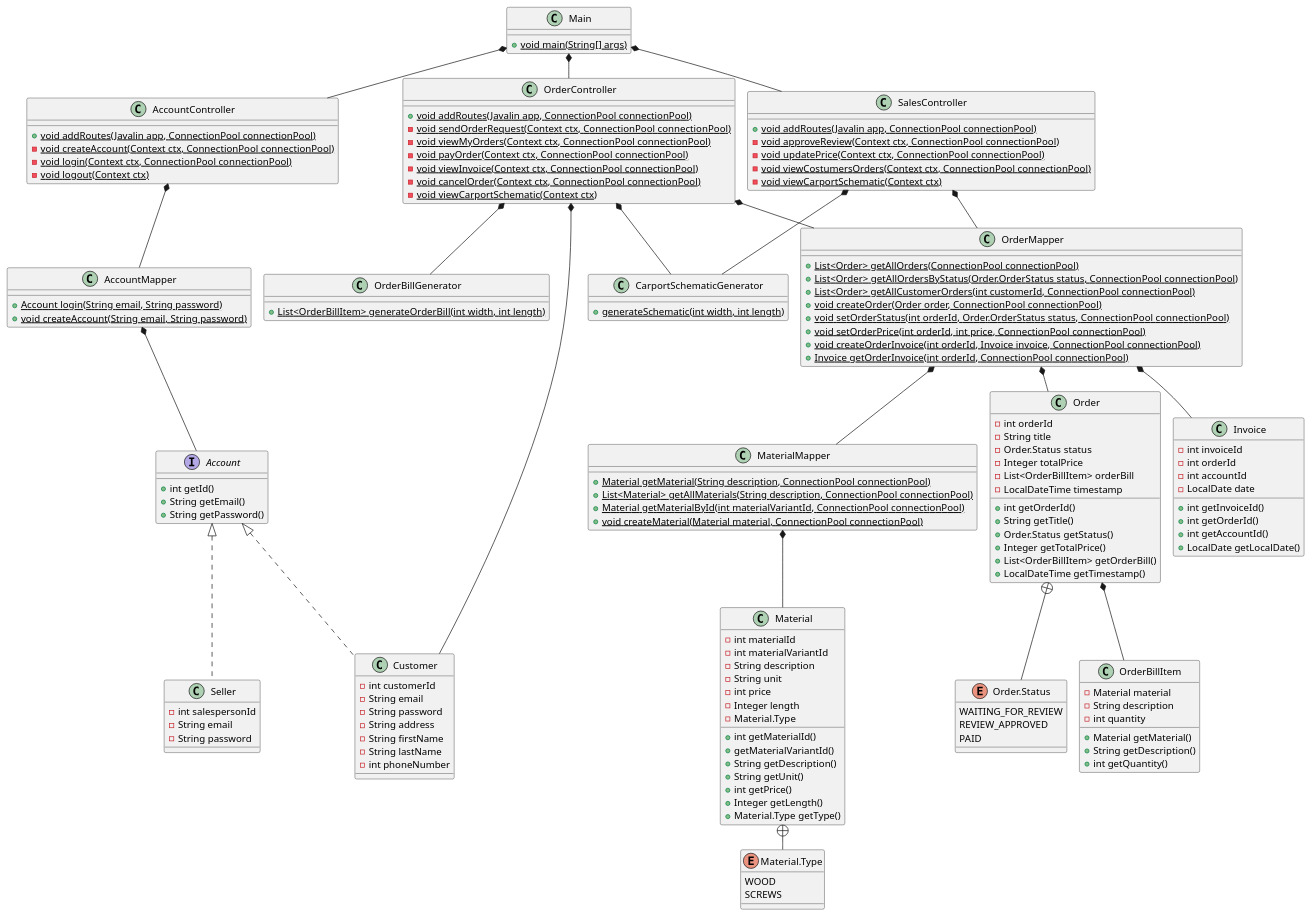
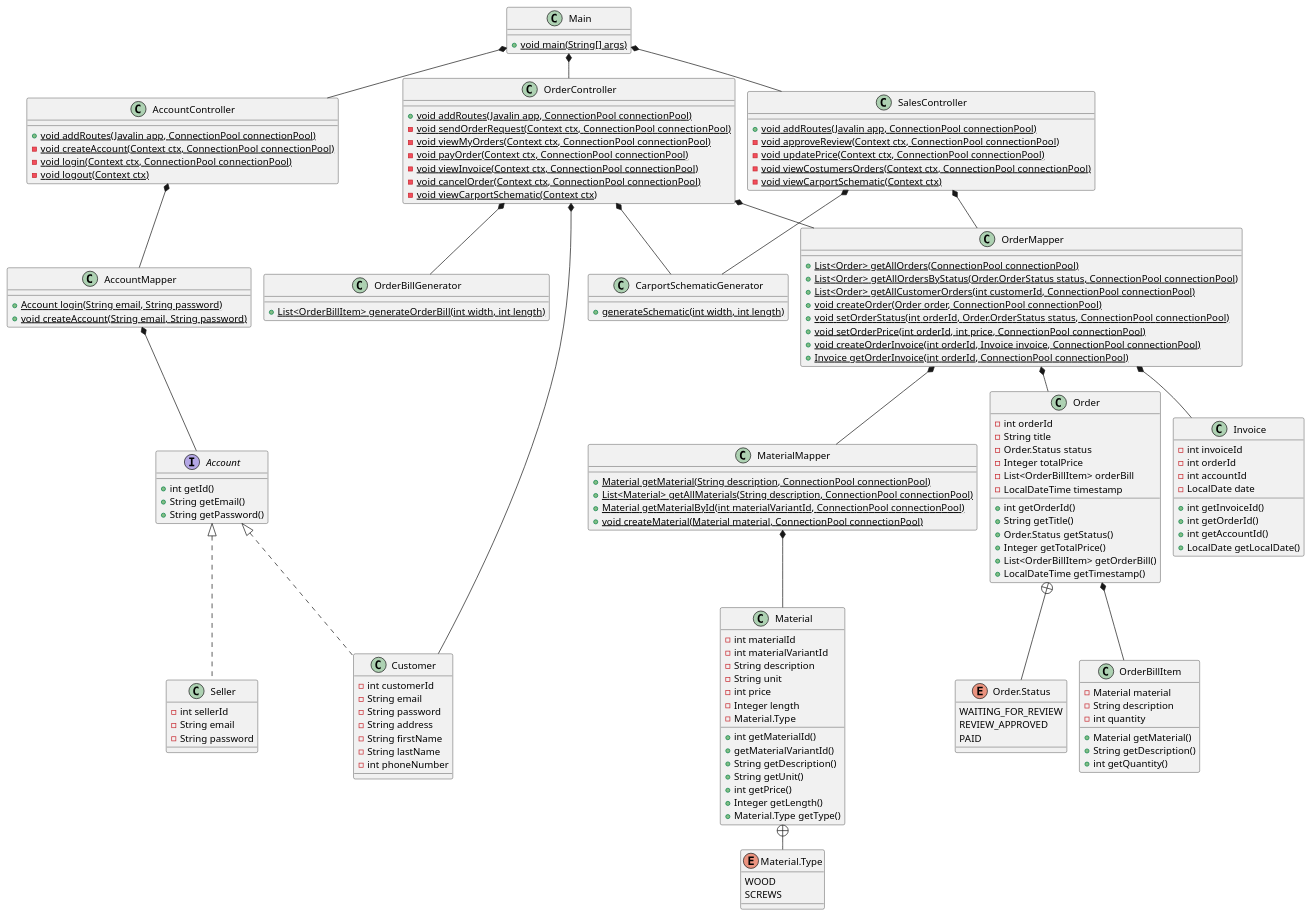
One commit to Shiihon/Dat2_Carport changed the diagram in doc/static/class_diagrams/class_diagram1.puml. Above: the diagram before and after it, drawn with PlantUML. The commit also changed 1 other file, not shown here.

```diff
--- a/doc/static/class_diagrams/class_diagram1.puml
+++ b/doc/static/class_diagrams/class_diagram1.puml
@@ -1,179 +1,179 @@
 @startuml
 'https://plantuml.com/class-diagram
 !pragma layout smetana
 set separator none
 
 class Main {
     + {static} void main(String[] args)
 }
 
 class AccountController {
     + {static} void addRoutes(Javalin app, ConnectionPool connectionPool)
     - {static} void createAccount(Context ctx, ConnectionPool connectionPool)
     - {static} void login(Context ctx, ConnectionPool connectionPool)
     - {static} void logout(Context ctx)
 }
 
 class SalesController {
     + {static} void addRoutes(Javalin app, ConnectionPool connectionPool)
     - {static} void approveReview(Context ctx, ConnectionPool connectionPool)
     - {static} void updatePrice(Context ctx, ConnectionPool connectionPool)
     - {static} void viewCostumersOrders(Context ctx, ConnectionPool connectionPool)
     - {static} void viewCarportSchematic(Context ctx)
 }
 
 class OrderController {
     + {static} void addRoutes(Javalin app, ConnectionPool connectionPool)
     - {static} void sendOrderRequest(Context ctx, ConnectionPool connectionPool)
     - {static} void viewMyOrders(Context ctx, ConnectionPool connectionPool)
     - {static} void payOrder(Context ctx, ConnectionPool connectionPool)
     - {static} void viewInvoice(Context ctx, ConnectionPool connectionPool)
     - {static} void cancelOrder(Context ctx, ConnectionPool connectionPool)
     - {static} void viewCarportSchematic(Context ctx)
 }
 
 class AccountMapper {
     + {static} Account login(String email, String password)
     + {static} void createAccount(String email, String password)
 }
 
 class OrderMapper {
     + {static} List<Order> getAllOrders(ConnectionPool connectionPool)
     + {static} List<Order> getAllOrdersByStatus(Order.OrderStatus status, ConnectionPool connectionPool)
     + {static} List<Order> getAllCustomerOrders(int customerId, ConnectionPool connectionPool)
     + {static} void createOrder(Order order, ConnectionPool connectionPool)
     + {static} void setOrderStatus(int orderId, Order.OrderStatus status, ConnectionPool connectionPool)
     + {static} void setOrderPrice(int orderId, int price, ConnectionPool connectionPool)
     + {static} void createOrderInvoice(int orderId, Invoice invoice, ConnectionPool connectionPool)
     + {static} Invoice getOrderInvoice(int orderId, ConnectionPool connectionPool)
 }
 
 class MaterialMapper {
     + {static} Material getMaterial(String description, ConnectionPool connectionPool)
     + {static} List<Material> getAllMaterials(String description, ConnectionPool connectionPool)
     + {static} Material getMaterialById(int materialVariantId, ConnectionPool connectionPool)
     + {static} void createMaterial(Material material, ConnectionPool connectionPool)
 }
 
 interface Account {
     + int getId()
     + String getEmail()
     + String getPassword()
 }
 
 class Seller implements Account {
-    - int salespersonId
+    - int sellerId
     - String email
     - String password
 }
 
 class Customer implements Account {
     - int customerId
     - String email
     - String password
     - String address
     - String firstName
     - String lastName
     - int phoneNumber
 }
 
 class CarportSchematicGenerator {
     + {static} generateSchematic(int width, int length)
 }
 
 class OrderBillGenerator {
     + {static} List<OrderBillItem> generateOrderBill(int width, int length)
 }
 
 class Order {
     - int orderId
     - String title
     - Order.Status status
     - Integer totalPrice
     - List<OrderBillItem> orderBill
     - LocalDateTime timestamp
 
     + int getOrderId()
     + String getTitle()
     + Order.Status getStatus()
     + Integer getTotalPrice()
     + List<OrderBillItem> getOrderBill()
     + LocalDateTime getTimestamp()
 }
 
 enum Order.Status {
     WAITING_FOR_REVIEW
     REVIEW_APPROVED
     PAID
 }
 
 class OrderBillItem {
     - Material material
     - String description
     - int quantity
 
     + Material getMaterial()
     + String getDescription()
     + int getQuantity()
 }
 
 class Invoice {
     - int invoiceId
     - int orderId
     - int accountId
     - LocalDate date
 
     + int getInvoiceId()
     + int getOrderId()
     + int getAccountId()
     + LocalDate getLocalDate()
 }
 
 class Material {
     - int materialId
     - int materialVariantId
     - String description
     - String unit
     - int price
     - Integer length
     - Material.Type
 
     + int getMaterialId()
     + getMaterialVariantId()
     + String getDescription()
     + String getUnit()
     + int getPrice()
     + Integer getLength()
     + Material.Type getType()
 }
 
 enum Material.Type {
     WOOD
     SCREWS
 }
 
 Main *-- AccountController
 Main *-- OrderController
 Main *-- SalesController
 
 AccountController *-- AccountMapper
 OrderController *-- OrderMapper
 SalesController *-- OrderMapper
 
 OrderController *-- CarportSchematicGenerator
 OrderController *-- OrderBillGenerator
 OrderController *-- Customer
 SalesController *-- CarportSchematicGenerator
 
 AccountMapper *-- Account
 OrderMapper *-- Order
 OrderMapper *-- Invoice
 OrderMapper *-- MaterialMapper
 MaterialMapper *-- Material
 
 Order *-- OrderBillItem
 Order +-- Order.Status
 
 Material +-- Material.Type
 
 @enduml
```
